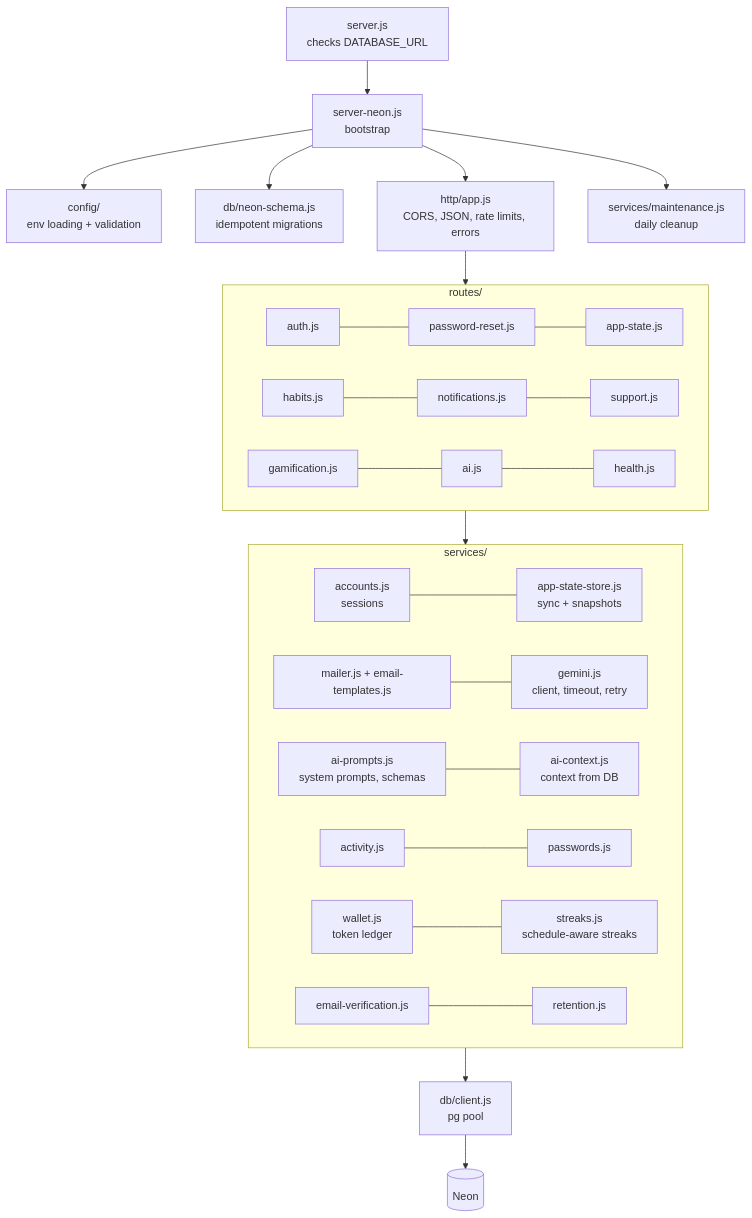
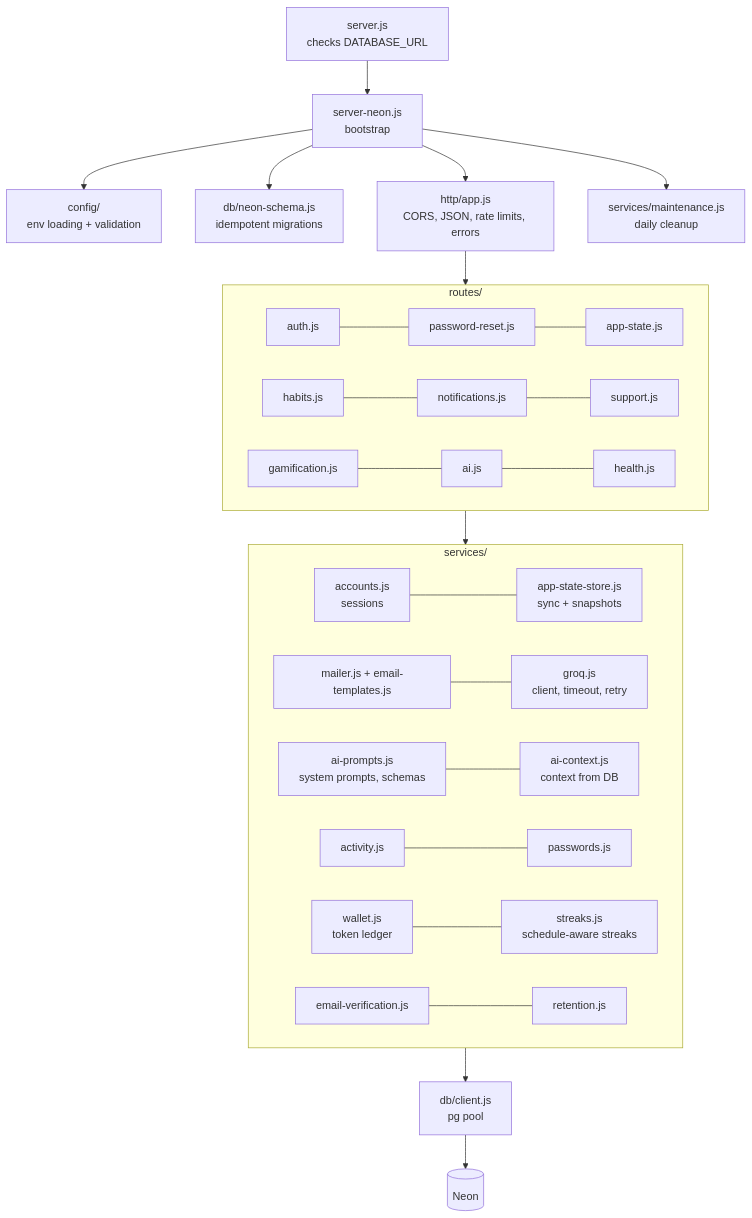
One commit to nathecruz/Capstone-Project changed the second of 9 diagrams in ARCHITECTURE.md. Above: the diagram before and after it, drawn with Mermaid. The commit also changed other lines of this file and 22 other files, not shown here.

First line of the commit message:
Switch the AI features from Gemini to Groq (rest of the change)

````diff
--- a/ARCHITECTURE.md
+++ b/ARCHITECTURE.md
@@ -47,28 +47,28 @@
 ```mermaid
 flowchart TB
   entry[server.js<br/>checks DATABASE_URL] --> neon[server-neon.js<br/>bootstrap]
   neon --> config[config/<br/>env loading + validation]
   neon --> schema[db/neon-schema.js<br/>idempotent migrations]
   neon --> app[http/app.js<br/>CORS, JSON, rate limits, errors]
   neon --> maint[services/maintenance.js<br/>daily cleanup]
   app --> routes
 
   subgraph routes[routes/]
     auth[auth.js] --- reset[password-reset.js] --- state[app-state.js]
     habits[habits.js] --- notif[notifications.js] --- support[support.js]
     game[gamification.js] --- ai[ai.js] --- health[health.js]
   end
 
   routes --> services
   subgraph services[services/]
     accounts[accounts.js<br/>sessions] --- store[app-state-store.js<br/>sync + snapshots]
-    mailer[mailer.js + email-templates.js] --- gem[gemini.js<br/>client, timeout, retry]
+    mailer[mailer.js + email-templates.js] --- gem[groq.js<br/>client, timeout, retry]
     prompts[ai-prompts.js<br/>system prompts, schemas] --- ctx[ai-context.js<br/>context from DB]
     activity[activity.js] --- pw[passwords.js]
     wallet[wallet.js<br/>token ledger] --- streaks[streaks.js<br/>schedule-aware streaks]
     verify[email-verification.js] --- retention[retention.js]
   end
 
   services --> client[db/client.js<br/>pg pool]
   client --> db[(Neon)]
 ```
````
